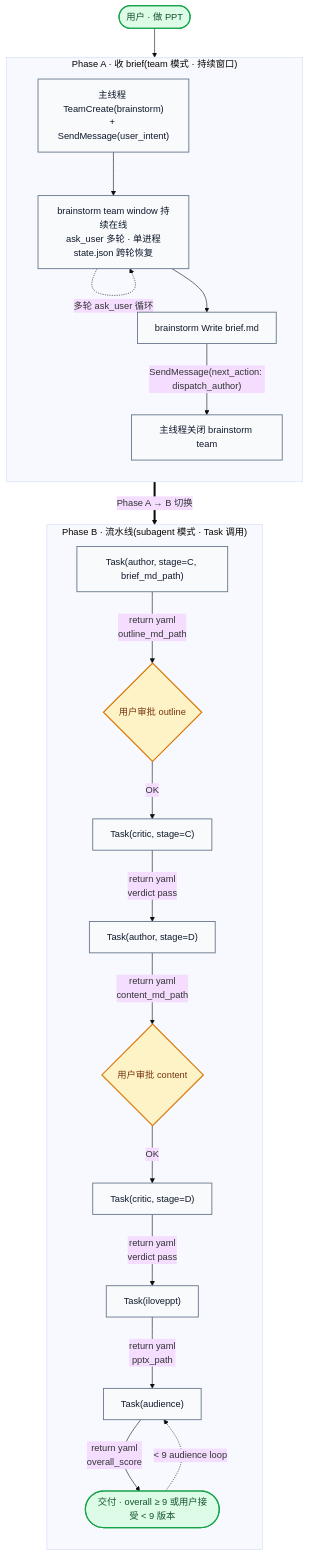
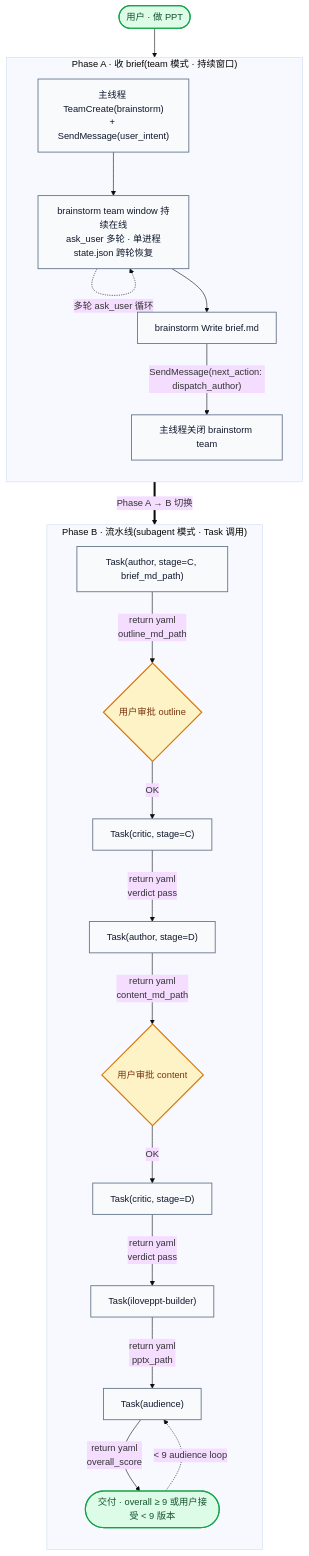
The first of 12 diagrams in docs/agent-internals.zh.md (pcliangx/iLovePPT), drawn with Mermaid (base theme) before and after one commit. The commit also changed other lines of this file and 38 other files, not shown here.

````diff
--- a/docs/agent-internals.zh.md
+++ b/docs/agent-internals.zh.md
@@ -44,50 +40,50 @@
 ```mermaid
 flowchart TB
     U([用户 · 做 PPT])
 
     subgraph PA["Phase A · 收 brief(team 模式 · 持续窗口)"]
         direction TB
         TC["主线程 TeamCreate(brainstorm)<br/>+ SendMessage(user_intent)"]
         BS["brainstorm team window 持续在线<br/>ask_user 多轮 · 单进程<br/>state.json 跨轮恢复"]
         BW["brainstorm Write brief.md"]
         CT["主线程关闭 brainstorm team"]
         TC --> BS
         BS -.多轮 ask_user 循环.-> BS
         BS --> BW
         BW -->|"SendMessage(next_action: dispatch_author)"| CT
     end
 
     subgraph PB["Phase B · 流水线(subagent 模式 · Task 调用)"]
         direction TB
         T1["Task(author, stage=C, brief_md_path)"]
         U2{用户审批 outline}
         T2["Task(critic, stage=C)"]
         T3["Task(author, stage=D)"]
         U3{用户审批 content}
         T4["Task(critic, stage=D)"]
-        T5["Task(iloveppt)"]
+        T5["Task(iloveppt-builder)"]
         T6["Task(audience)"]
         DEL([交付 · overall ≥ 9 或用户接受 < 9 版本])
 
         T1 -->|return yaml<br/>outline_md_path| U2
         U2 -->|OK| T2
         T2 -->|return yaml<br/>verdict pass| T3
         T3 -->|return yaml<br/>content_md_path| U3
         U3 -->|OK| T4
         T4 -->|return yaml<br/>verdict pass| T5
         T5 -->|return yaml<br/>pptx_path| T6
         T6 -->|return yaml<br/>overall_score| DEL
         DEL -.< 9 audience loop.-> T6
     end
 
     U --> PA
     CT ==>|Phase A → B 切换| PB
 
     classDef agent fill:#F8FAFC,stroke:#64748B,stroke-width:1.5px,color:#0F172A
     classDef io fill:#DCFCE7,stroke:#16A34A,stroke-width:2px,color:#14532D
     classDef gate fill:#FEF3C7,stroke:#D97706,stroke-width:2px,color:#78350F
 
     class TC,BS,BW,CT,T1,T2,T3,T4,T5,T6 agent
     class U,DEL io
     class U2,U3 gate
 ```
````
